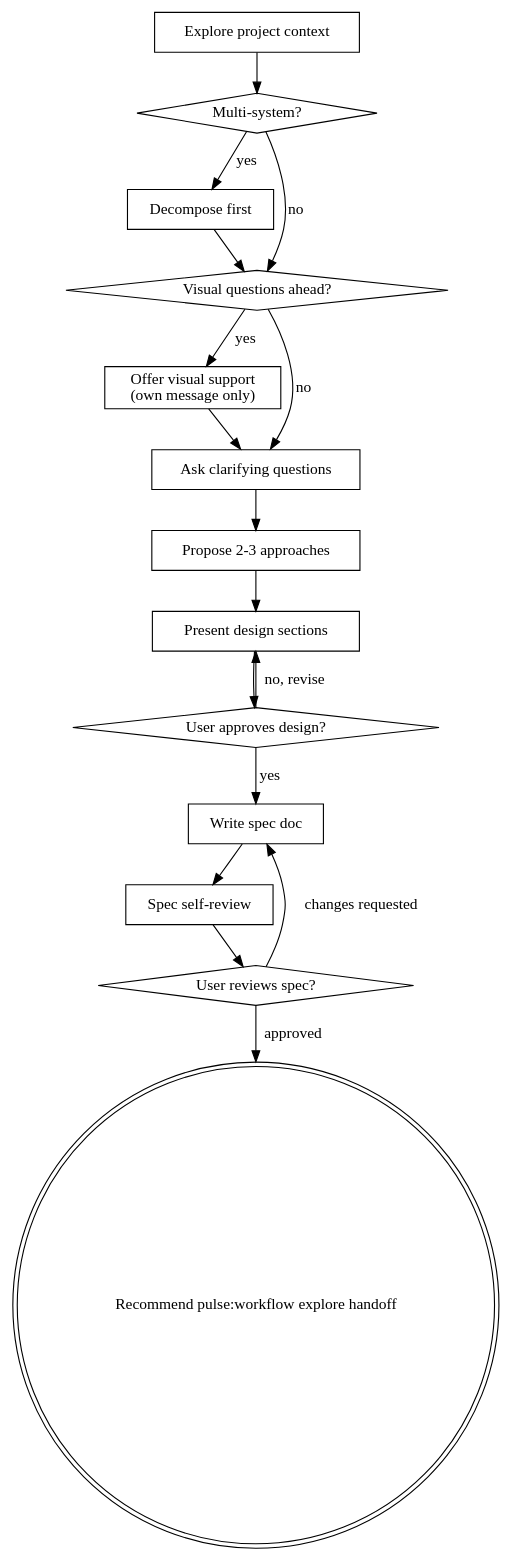
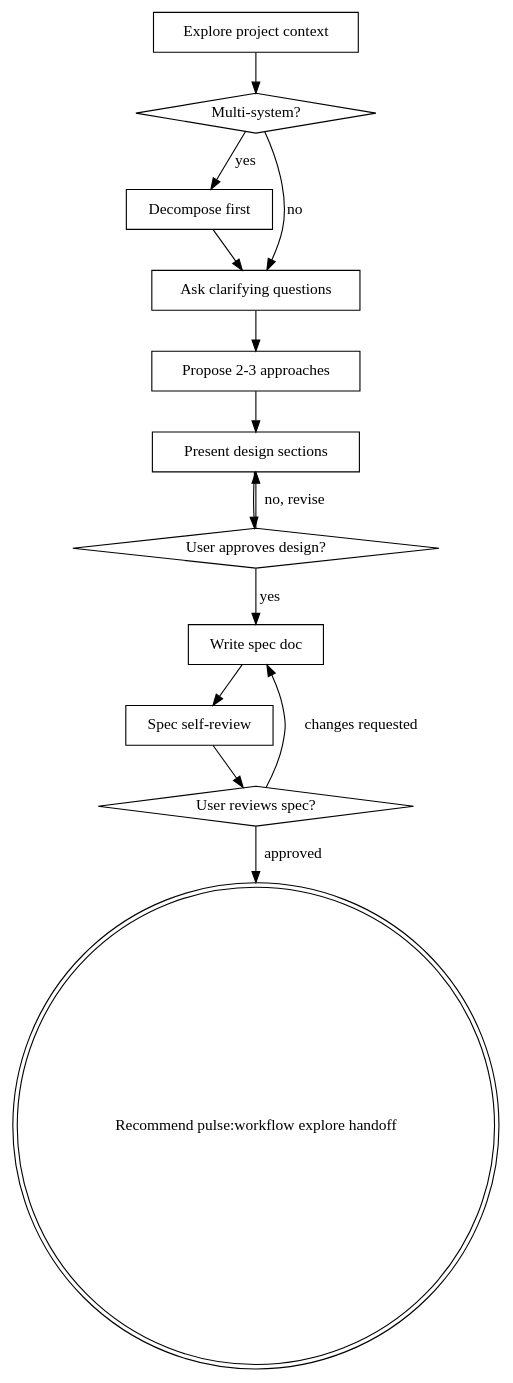
Before and after one commit to quanpersie2001/pulse: the diagram in skills/workflow/references/brainstorm/command.md, drawn with Graphviz. The commit also changed other lines of this file and 10 other files, not shown here.

````diff
--- a/skills/workflow/references/brainstorm/command.md
+++ b/skills/workflow/references/brainstorm/command.md
@@ -63,34 +61,29 @@
 ```dot
 digraph brainstorming {
     "Explore project context" [shape=box];
     "Multi-system?" [shape=diamond];
     "Decompose first" [shape=box];
-    "Visual questions ahead?" [shape=diamond];
-    "Offer visual support\n(own message only)" [shape=box];
     "Ask clarifying questions" [shape=box];
     "Propose 2-3 approaches" [shape=box];
     "Present design sections" [shape=box];
     "User approves design?" [shape=diamond];
     "Write spec doc" [shape=box];
     "Spec self-review" [shape=box];
     "User reviews spec?" [shape=diamond];
     "Recommend pulse:workflow explore handoff" [shape=doublecircle];
 
     "Explore project context" -> "Multi-system?";
     "Multi-system?" -> "Decompose first" [label="yes"];
-    "Multi-system?" -> "Visual questions ahead?" [label="no"];
-    "Decompose first" -> "Visual questions ahead?";
-    "Visual questions ahead?" -> "Offer visual support\n(own message only)" [label="yes"];
-    "Visual questions ahead?" -> "Ask clarifying questions" [label="no"];
-    "Offer visual support\n(own message only)" -> "Ask clarifying questions";
+    "Multi-system?" -> "Ask clarifying questions" [label="no"];
+    "Decompose first" -> "Ask clarifying questions";
     "Ask clarifying questions" -> "Propose 2-3 approaches";
     "Propose 2-3 approaches" -> "Present design sections";
     "Present design sections" -> "User approves design?";
     "User approves design?" -> "Present design sections" [label="no, revise"];
     "User approves design?" -> "Write spec doc" [label="yes"];
     "Write spec doc" -> "Spec self-review";
     "Spec self-review" -> "User reviews spec?";
     "User reviews spec?" -> "Write spec doc" [label="changes requested"];
     "User reviews spec?" -> "Recommend pulse:workflow explore handoff" [label="approved"];
 }
 ```
````
